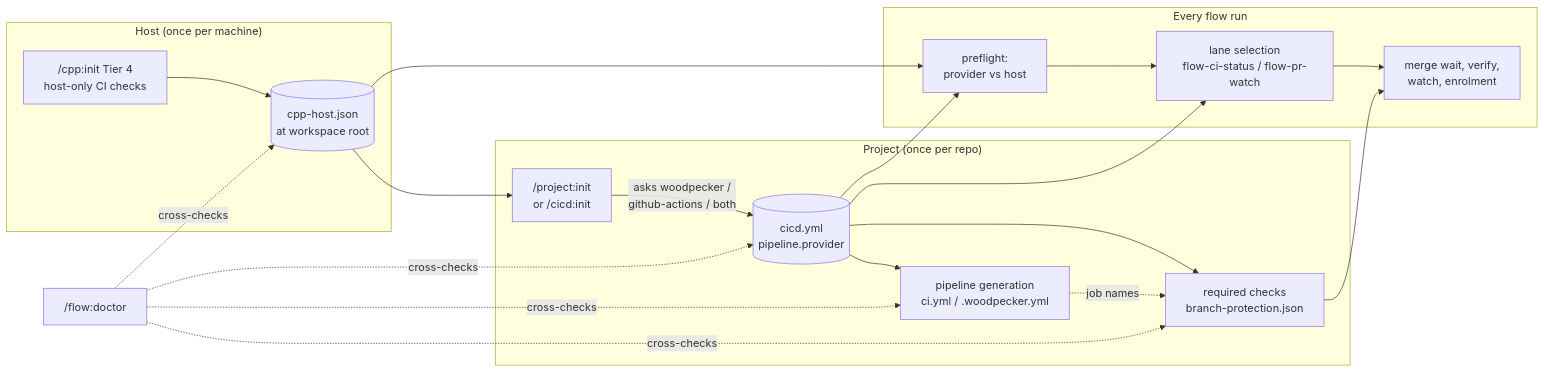
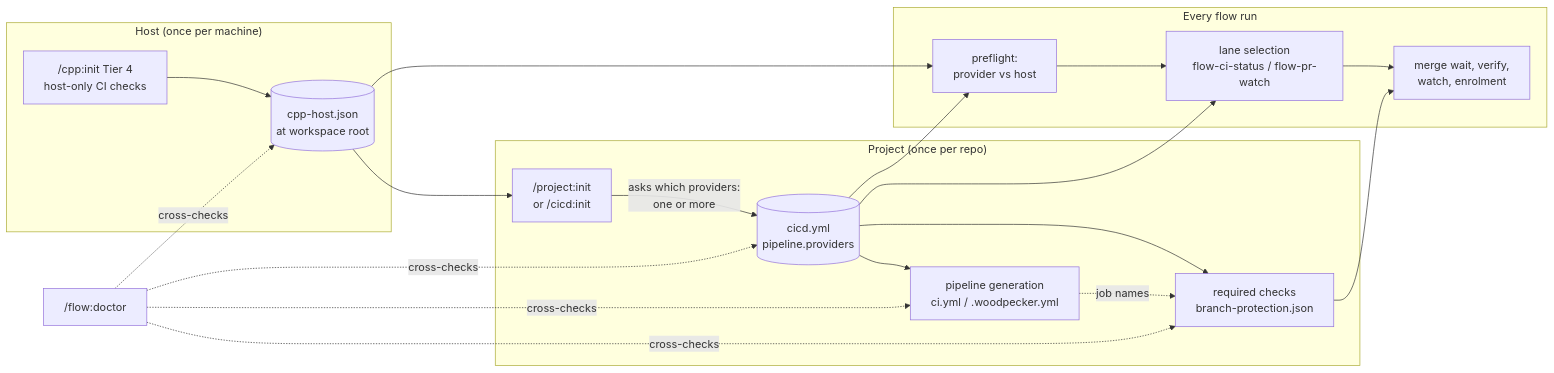
One commit to cooneycw/claude-power-pack changed the first of 2 diagrams in docs/architecture/ci-provider-chain.md. Above: the diagram before and after it, drawn with Mermaid. The commit also changed other lines of this file and 1 other file, not shown here.

First line of the commit message:
docs(adr): make the provider set open, and explain the owner's choices in plain language (Refs #1612)

````diff
--- a/docs/architecture/ci-provider-chain.md
+++ b/docs/architecture/ci-provider-chain.md
@@ -21,22 +28,22 @@
 ```mermaid
 flowchart LR
     subgraph host["Host (once per machine)"]
         CI["/cpp:init Tier 4<br/>host-only CI checks"] --> HR[("cpp-host.json<br/>at workspace root")]
     end
     subgraph project["Project (once per repo)"]
-        PI["/project:init<br/>or /cicd:init"] -->|asks woodpecker /<br/>github-actions / both| PR[("cicd.yml<br/>pipeline.provider")]
+        PI["/project:init<br/>or /cicd:init"] -->|asks which providers:<br/>one or more| PR[("cicd.yml<br/>pipeline.providers")]
         PR --> GEN["pipeline generation<br/>ci.yml / .woodpecker.yml"]
         PR --> BP["required checks<br/>branch-protection.json"]
         GEN -. job names .-> BP
     end
     subgraph flow["Every flow run"]
         PRE["preflight:<br/>provider vs host"] --> LANE["lane selection<br/>flow-ci-status / flow-pr-watch"]
         LANE --> MERGE["merge wait, verify,<br/>watch, enrolment"]
     end
     HR --> PI
     HR --> PRE
     PR --> PRE
     PR --> LANE
     BP --> MERGE
     DOC["/flow:doctor"] -. cross-checks .-> HR & PR & GEN & BP
 ```
````
